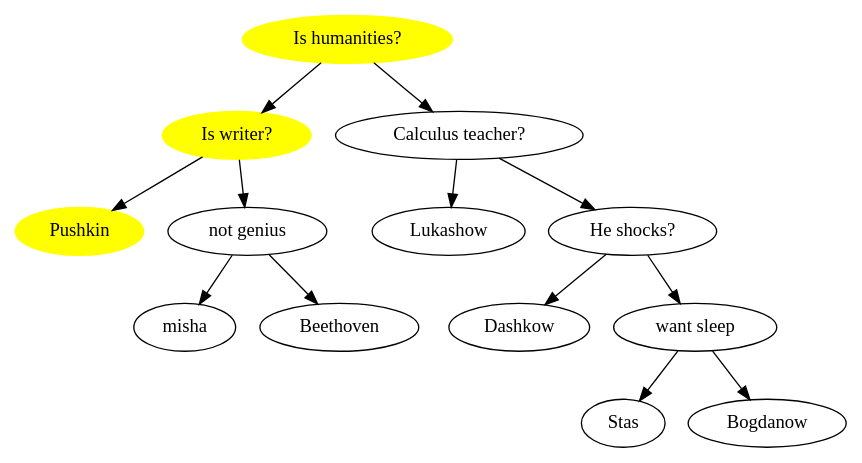
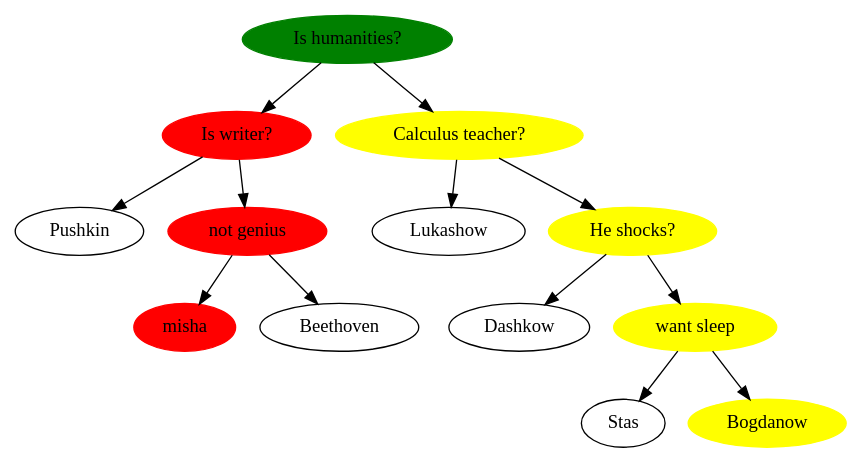
The diagram in database_files/graph.dot (levasemin/Akinator), drawn with Graphviz before and after one commit. The commit also changed 1 other file, not shown here.

```diff
--- a/database_files/graph.dot
+++ b/database_files/graph.dot
@@ -1,24 +1,31 @@
 digraph G{
 "Is humanities?"->"Is writer?";
 "Is humanities?"->"Calculus teacher?";
 "Is writer?"->"Pushkin";
 "Is writer?"->"not genius";
 "Pushkin";
 "not genius"->"misha";
 "not genius"->"Beethoven";
 "misha";
 "Beethoven";
 "Calculus teacher?"->"Lukashow";
 "Calculus teacher?"->"He shocks?";
 "Lukashow";
 "He shocks?"->"Dashkow";
 "He shocks?"->"want sleep";
 "Dashkow";
 "want sleep"->"Stas";
 "want sleep"->"Bogdanow";
 "Stas";
 "Bogdanow";
-"Pushkin"[color="yellow" style=filled];
-"Is writer?"[color="yellow" style=filled];
+"Bogdanow"[color="yellow" style=filled];
+"want sleep"[color="yellow" style=filled];
+"He shocks?"[color="yellow" style=filled];
+"Calculus teacher?"[color="yellow" style=filled];
 "Is humanities?"[color="yellow" style=filled];
+"misha"[color="red" style=filled];
+"not genius"[color="red" style=filled];
+"Is writer?"[color="red" style=filled];
+"Is humanities?"[color="red" style=filled];
+"Is humanities?"[color="green" style=filled];
 }
```
